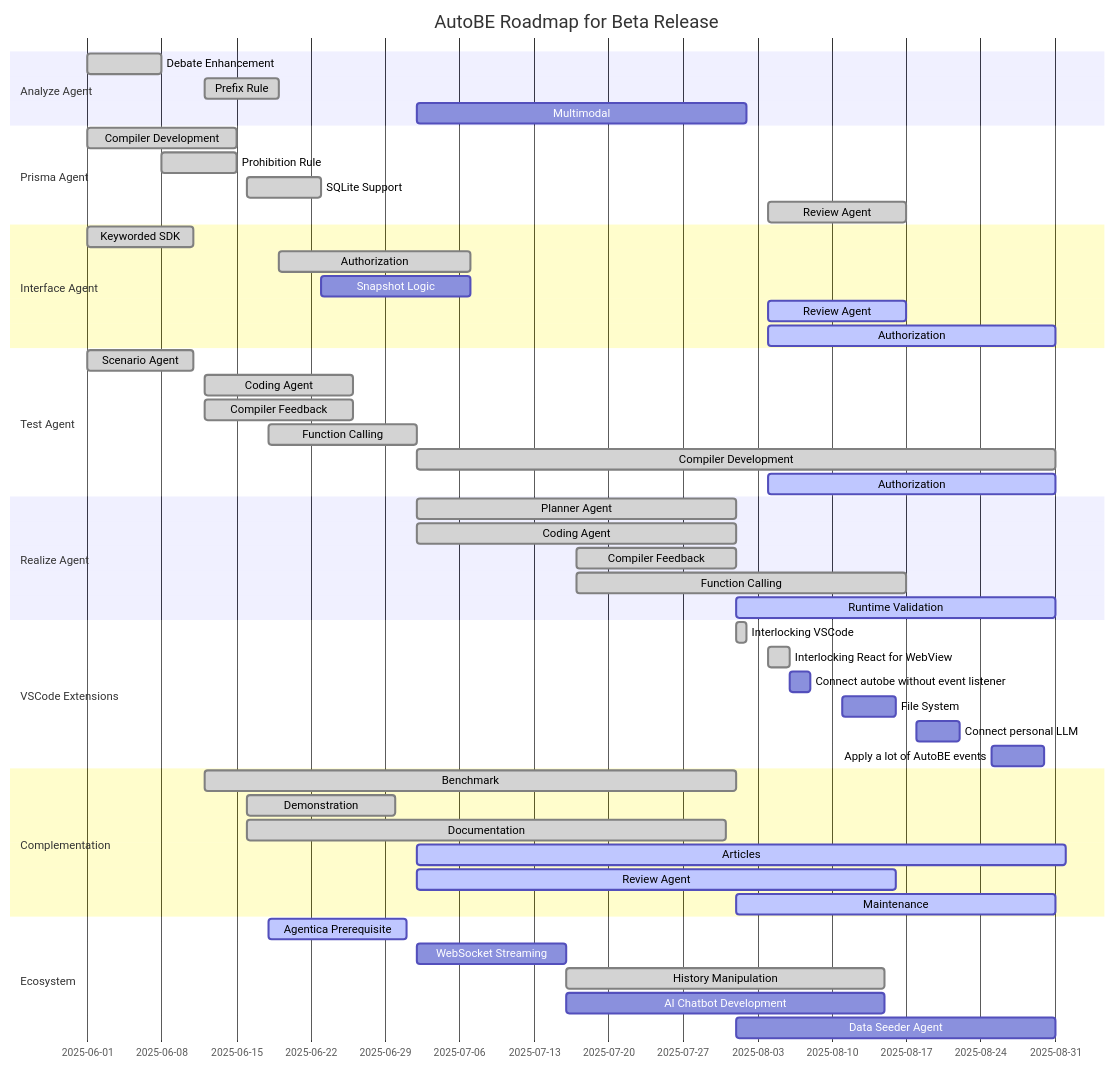
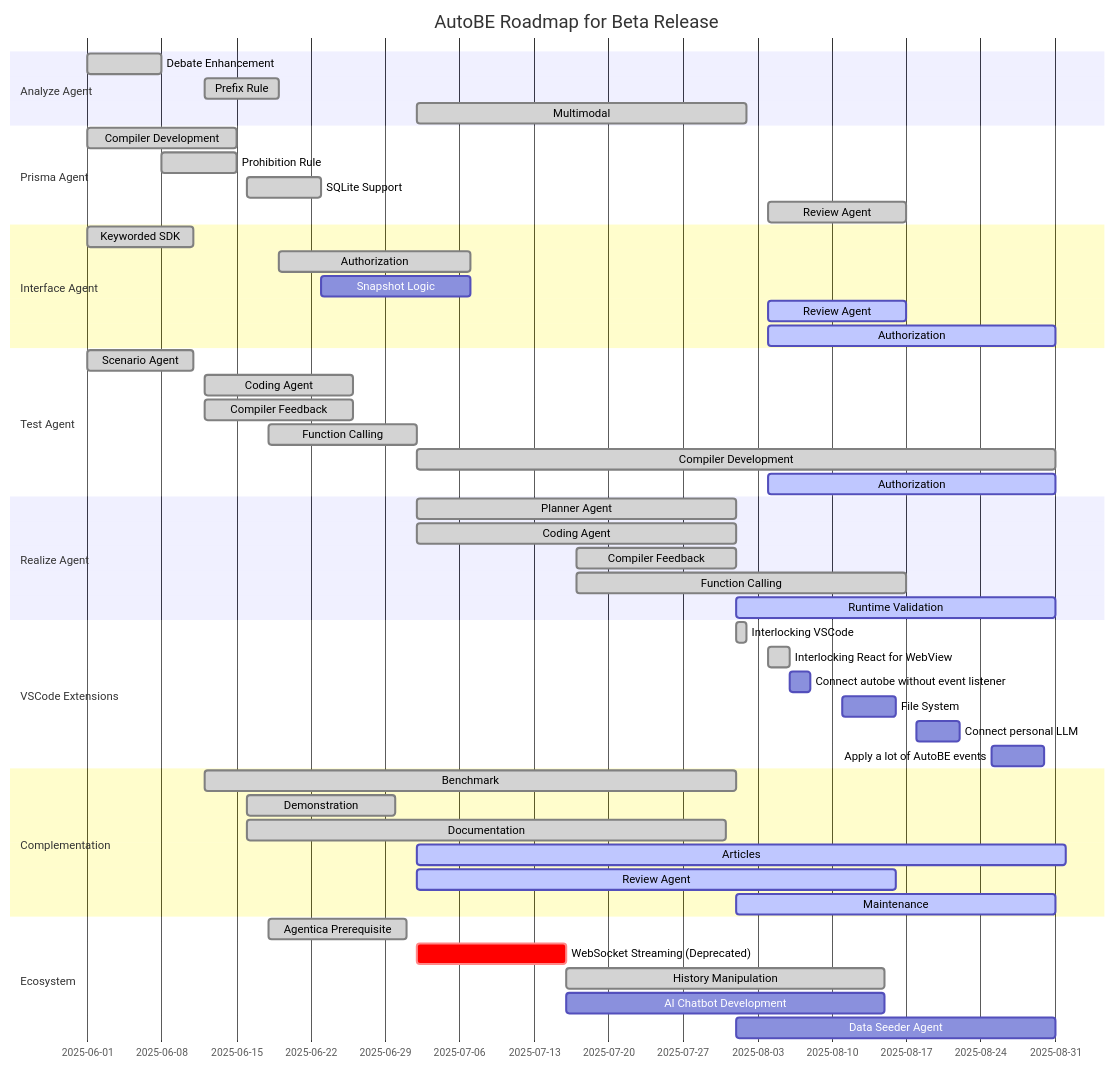
One commit to RavenView-ai/autobe changed the second of 2 diagrams in README.md. Above: the diagram before and after it, drawn with Mermaid. The commit also changed 37 other files, not shown here.

````diff
--- a/README.md
+++ b/README.md
@@ -181,61 +181,61 @@
 ```mermaid
 gantt
   dateFormat YYYY-MM-DD
   title AutoBE Roadmap for Beta Release
 
   section Analyze Agent
-  Debate Enhancement: done,    2025-06-01,  7d
-  Prefix Rule:        done,    2025-06-12,  7d
-  Multimodal:         planned, 2025-07-02, 31d
+  Debate Enhancement: done, 2025-06-01,  7d
+  Prefix Rule:        done, 2025-06-12,  7d
+  Multimodal:         done, 2025-07-02, 31d
 
   section Prisma Agent
   Compiler Development: done, 2025-06-01, 14d
   Prohibition Rule:     done, 2025-06-08,  7d
   SQLite Support:       done, 2025-06-16,  7d
   Review Agent:         done, 2025-08-04, 13d
 
   section Interface Agent
   Keyworded SDK:     done,    2025-06-01, 10d
   Authorization:     done,    2025-06-19, 18d
   Snapshot Logic:    planned, 2025-06-23, 14d
   Review Agent:      active,  2025-08-04, 13d
   Authorization:     active,  2025-08-04, 27d
 
   section Test Agent
   Scenario Agent:         done, 2025-06-01, 10d        
   Coding Agent:           done, 2025-06-12, 14d
   Compiler Feedback:      done, 2025-06-12, 14d
   Function Calling:       done, 2025-06-18, 14d
   Compiler Development:   done, 2025-07-02, 60d
   Authorization:        active, 2025-08-04, 27d
 
   section Realize Agent
   Planner Agent:          done, 2025-07-02, 30d
   Coding Agent:           done, 2025-07-02, 30d
   Compiler Feedback:      done, 2025-07-17, 15d
   Function Calling:       done, 2025-07-17, 31d
   Runtime Validation:   active, 2025-08-01, 30d
 
   section VSCode Extensions
   Interlocking VSCode:                      done, 2025-08-01, 1d
   Interlocking React for WebView:           done, 2025-08-04, 2d
   Connect autobe without event listener: planned, 2025-08-06, 2d
   File System:                           planned, 2025-08-11, 5d
   Connect personal LLM:                  planned, 2025-08-18, 4d
   Apply a lot of AutoBE events:          planned, 2025-08-25, 5d 
 
   section Complementation
   Benchmark:     done,   2025-06-12, 50d
   Demonstration: done,   2025-06-16, 14d
   Documentation: done,   2025-06-16, 45d
   Articles:      active, 2025-07-02, 61d
   Review Agent:  active, 2025-07-02, 45d
   Maintenance:   active, 2025-08-01, 30d
 
   section Ecosystem
-  Agentica Prerequisite:  active,  2025-06-18, 13d
-  WebSocket Streaming:    planned, 2025-07-02, 14d
-  History Manipulation:   done,    2025-07-16, 30d
-  AI Chatbot Development: planned, 2025-07-16, 30d
-  Data Seeder Agent:      planned, 2025-08-01, 30d
+  Agentica Prerequisite:            done,    2025-06-18, 13d
+  WebSocket Streaming (Deprecated): crit,    2025-07-02, 14d
+  History Manipulation:             done,    2025-07-16, 30d
+  AI Chatbot Development:           planned, 2025-07-16, 30d
+  Data Seeder Agent:                planned, 2025-08-01, 30d
 ```
````
